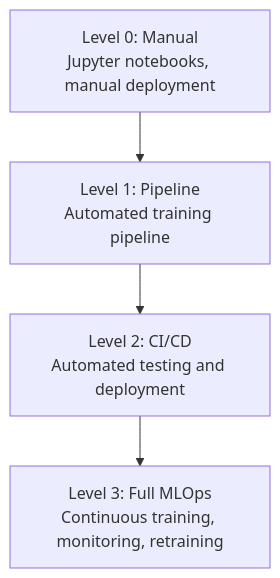
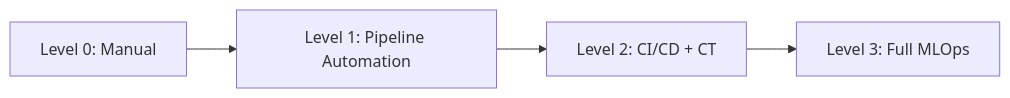
The second of 3 diagrams in src/ml/mlops/README.md (vanos001/placement_prep), drawn with Mermaid before and after one commit. The commit also changed other lines of this file and 20 other files, not shown here.

````diff
--- a/src/ml/mlops/README.md
+++ b/src/ml/mlops/README.md
@@ -54,8 +33,6 @@
 ```mermaid
-graph TD
-    L0["Level 0: Manual<br/>Jupyter notebooks, manual deployment"]
-    L1["Level 1: Pipeline<br/>Automated training pipeline"]
-    L2["Level 2: CI/CD<br/>Automated testing and deployment"]
-    L3["Level 3: Full MLOps<br/>Continuous training, monitoring, retraining"]
-    L0 --> L1 --> L2 --> L3
+graph LR
+    A[Level 0: Manual] --> B[Level 1: Pipeline Automation]
+    B --> C[Level 2: CI/CD + CT]
+    C --> D[Level 3: Full MLOps]
 ```
````
